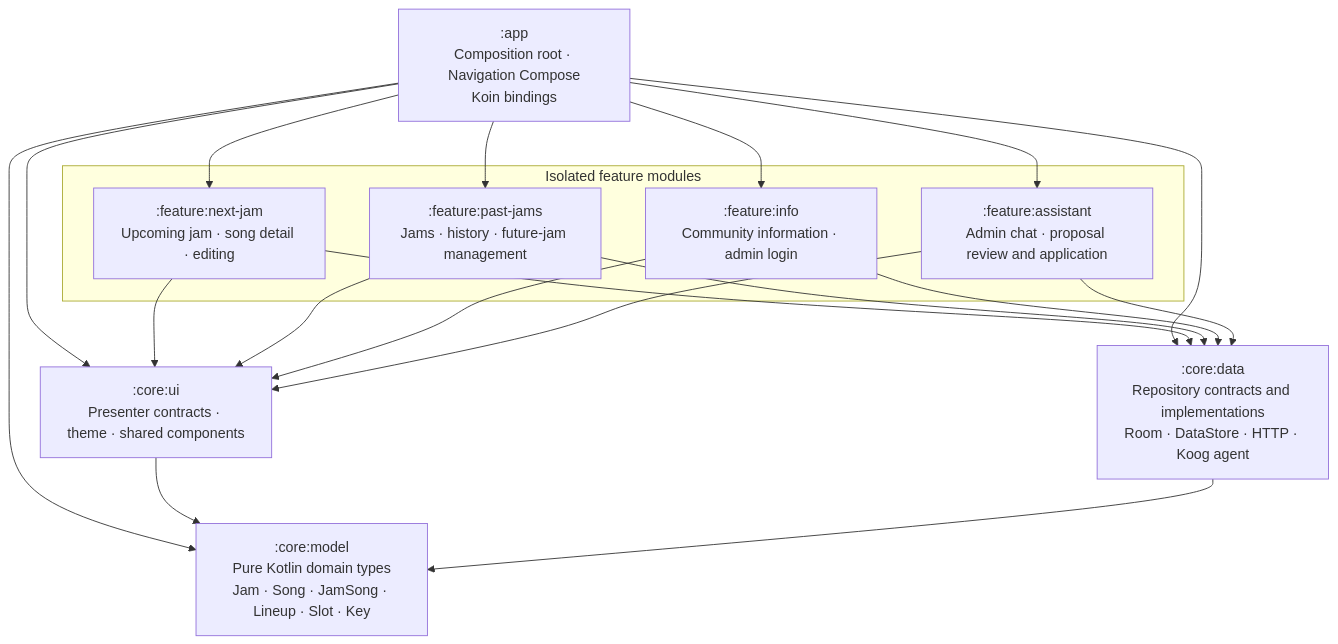
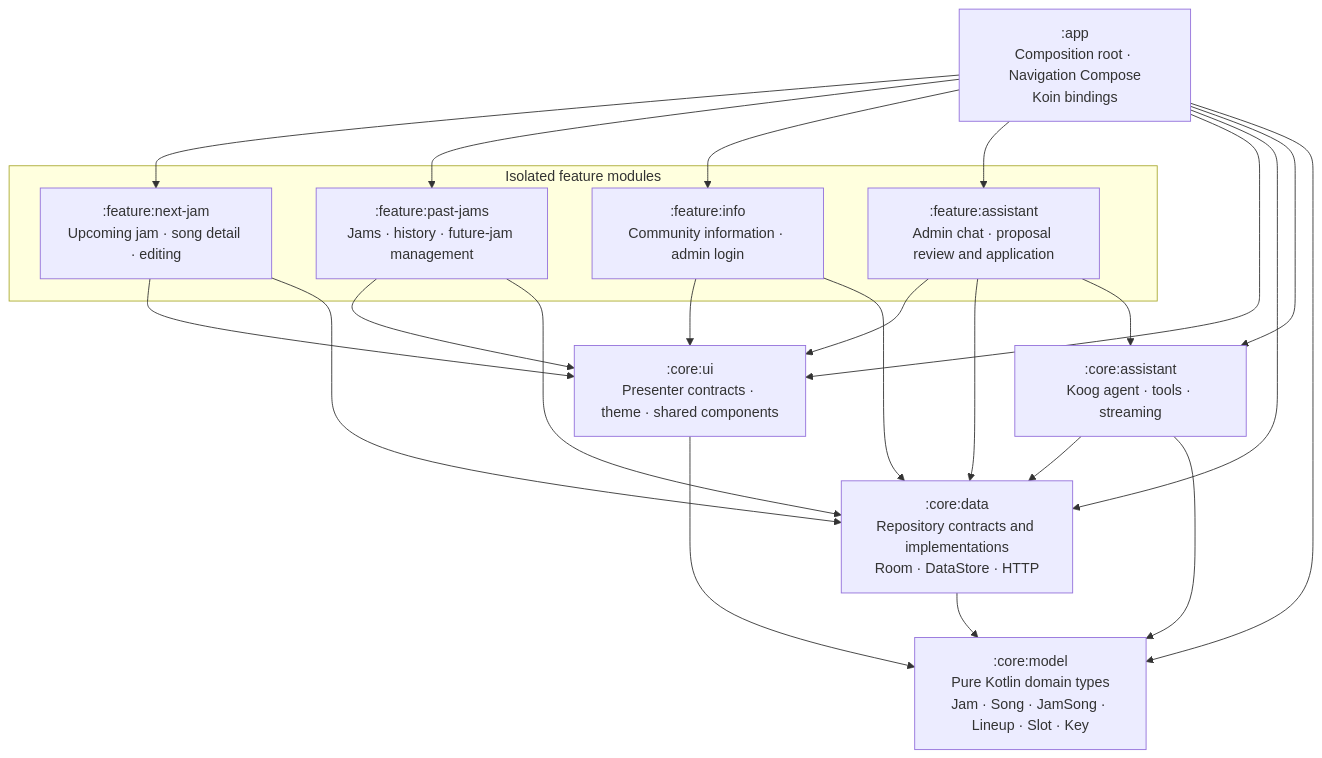
One commit to elagarrigue/bb-blues-jam changed the first of 2 diagrams in docs/architecture.md. Above: the diagram before and after it, drawn with Mermaid. The commit also changed other lines of this file and 140 other files, not shown here.

First line of the commit message:
refactor: complete core-assistant-module

````diff
--- a/docs/architecture.md
+++ b/docs/architecture.md
@@ -11,21 +12,23 @@
 ```mermaid
 flowchart TB
     app[":app<br/>Composition root · Navigation Compose<br/>Koin bindings"]
     subgraph features["Isolated feature modules"]
         next[":feature:next-jam<br/>Upcoming jam · song detail · editing"]
         past[":feature:past-jams<br/>Jams · history · future-jam management"]
         info[":feature:info<br/>Community information · admin login"]
         assistant[":feature:assistant<br/>Admin chat · proposal review and application"]
     end
     ui[":core:ui<br/>Presenter contracts · theme · shared components"]
-    data[":core:data<br/>Repository contracts and implementations<br/>Room · DataStore · HTTP · Koog agent"]
+    data[":core:data<br/>Repository contracts and implementations<br/>Room · DataStore · HTTP"]
+    coreassistant[":core:assistant<br/>Koog agent · tools · streaming"]
     model[":core:model<br/>Pure Kotlin domain types<br/>Jam · Song · JamSong · Lineup · Slot · Key"]
     app --> next & past & info & assistant
-    app --> ui & data & model
+    app --> ui & data & coreassistant & model
     next --> ui & data
     past --> ui & data
     info --> ui & data
-    assistant --> ui & data
+    assistant --> ui & data & coreassistant
     ui --> model
+    coreassistant --> data & model
     data --> model
 ```
````
